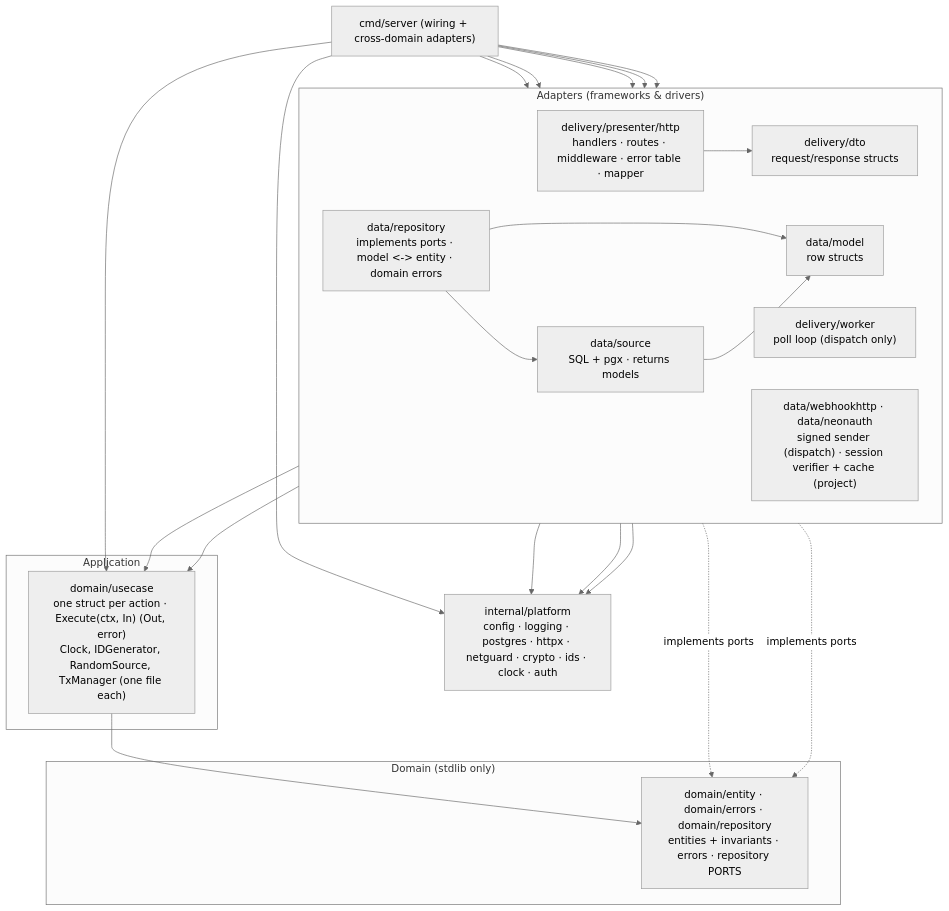
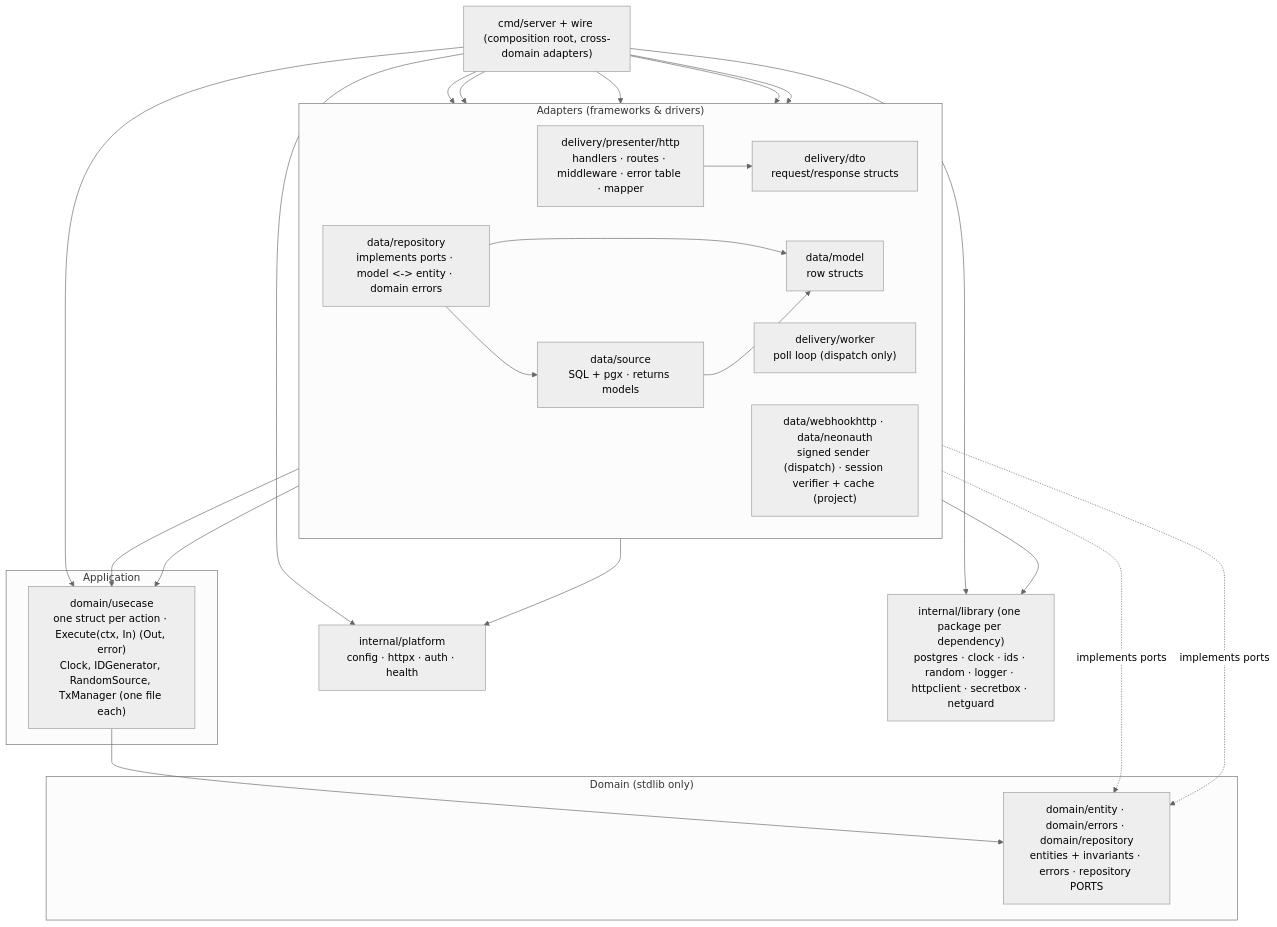
Before and after one commit to hibbanfh/hookrelay-webhook-platform: the second of 6 diagrams in docs/architecture.md, drawn with Mermaid (neutral theme). The commit also changed other lines of this file and 11 other files, not shown here.

First line of the commit message:
docs: design US-002 endpoints and adopt Wire with per-dependency libraries

````diff
--- a/docs/architecture.md
+++ b/docs/architecture.md
@@ -87,34 +87,35 @@
 ```mermaid
 flowchart TB
     subgraph Outer["Adapters (frameworks & drivers)"]
         direction LR
         dp["delivery/presenter/http<br/>handlers · routes · middleware · error table · mapper"]
         dd["delivery/dto<br/>request/response structs"]
         dw["delivery/worker<br/>poll loop (dispatch only)"]
         dr["data/repository<br/>implements ports · model <-> entity · domain errors"]
         ds["data/source<br/>SQL + pgx · returns models"]
         dm["data/model<br/>row structs"]
         dx["data/webhookhttp · data/neonauth<br/>signed sender (dispatch) · session verifier + cache (project)"]
     end
     subgraph App["Application"]
         uc["domain/usecase<br/>one struct per action · Execute(ctx, In) (Out, error)<br/>Clock, IDGenerator, RandomSource, TxManager (one file each)"]
     end
     subgraph Core["Domain (stdlib only)"]
         de["domain/entity · domain/errors · domain/repository<br/>entities + invariants · errors · repository PORTS"]
     end
     dp --> uc
     dp --> dd
     dw --> uc
     uc --> de
     dr -.->|implements ports| de
     dr --> ds
     dr --> dm
     ds --> dm
     dx -.->|implements ports| de
-    main["cmd/server (wiring + cross-domain adapters)"] --> dp & dw & dr & ds & dx & uc
-    platform["internal/platform<br/>config · logging · postgres · httpx · netguard · crypto · ids · clock · auth"]
+    main["cmd/server + wire (composition root, cross-domain adapters)"] --> dp & dw & dr & ds & dx & uc
+    platform["internal/platform<br/>config · httpx · auth · health"]
+    library["internal/library (one package per dependency)<br/>postgres · clock · ids · random · logger · httpclient · secretbox · netguard"]
     dp --> platform
-    ds --> platform
-    dx --> platform
+    ds --> library
     main --> platform
+    main --> library
 ```
````
